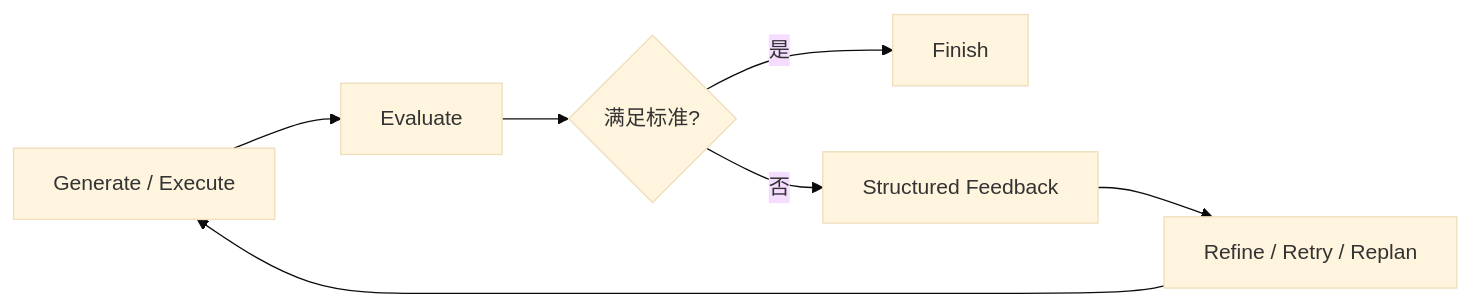
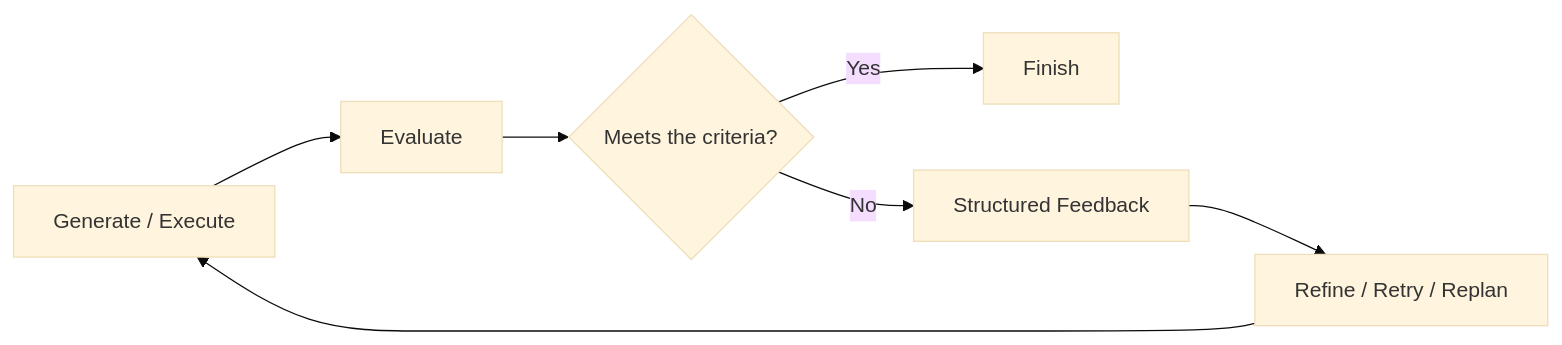
The first of 23 diagrams in docs/agent/02-reasoning-planning/12-agent-reflection.md (oneleaveknowsthefall/awesome-ai-roadmap), drawn with Mermaid (base theme) before and after one commit. The commit also changed other lines of this file and 68 other files, not shown here.

````diff
--- a/docs/agent/02-reasoning-planning/12-agent-reflection.md
+++ b/docs/agent/02-reasoning-planning/12-agent-reflection.md
@@ -13,9 +13,9 @@
 ```mermaid
 flowchart LR
     G[Generate / Execute] --> E[Evaluate]
-    E --> D{满足标准?}
-    D -->|是| DONE[Finish]
-    D -->|否| F[Structured Feedback]
+    E --> D{Meets the criteria?}
+    D -->|Yes| DONE[Finish]
+    D -->|No| F[Structured Feedback]
     F --> R[Refine / Retry / Replan]
     R --> G
 ```
````
